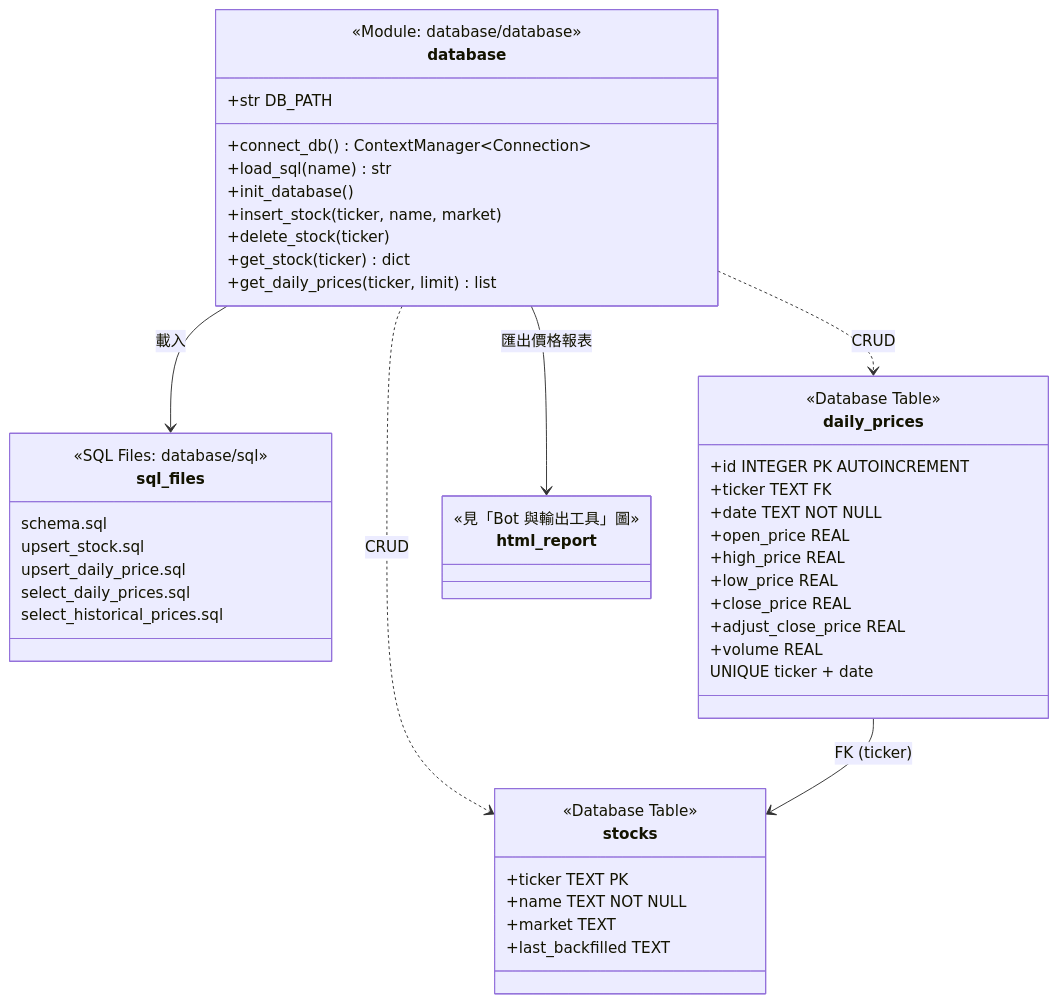
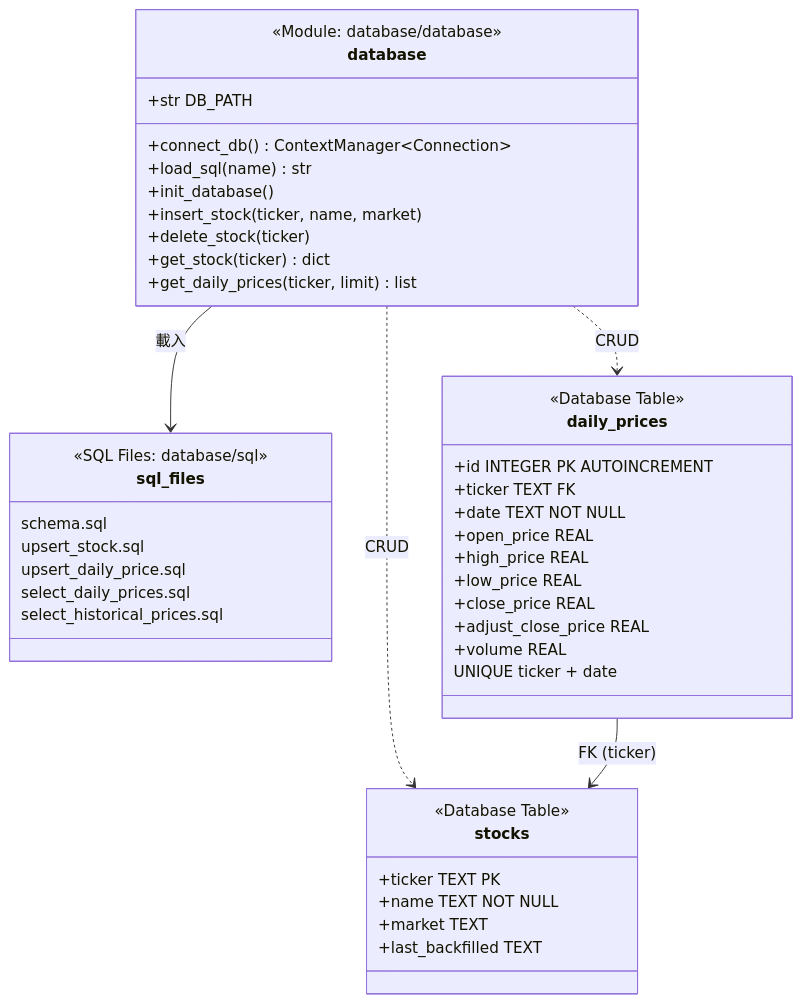
The sixth of 7 diagrams in docs/UML.md (JialaChang/Stock-Bot), drawn with Mermaid before and after one commit. The commit also changed other lines of this file and 46 other files, not shown here.

First line of the commit message:
refactor: share the snapshot flow and move reports out of the engine

````diff
--- a/docs/UML.md
+++ b/docs/UML.md
@@ -422,57 +427,52 @@
 ```mermaid
 classDiagram
     direction TB
 
     class database {
         <<Module: database/database>>
         +str DB_PATH
         +connect_db() ContextManager~Connection~
         +load_sql(name) str
         +init_database()
         +insert_stock(ticker, name, market)
         +delete_stock(ticker)
         +get_stock(ticker) dict
         +get_daily_prices(ticker, limit) list
     }
 
     class sql_files {
         <<SQL Files: database/sql>>
         schema.sql
         upsert_stock.sql
         upsert_daily_price.sql
         select_daily_prices.sql
         select_historical_prices.sql
     }
 
     class stocks {
         <<Database Table>>
         +ticker TEXT PK
         +name TEXT NOT NULL
         +market TEXT
         +last_backfilled TEXT
     }
 
     class daily_prices {
         <<Database Table>>
         +id INTEGER PK AUTOINCREMENT
         +ticker TEXT FK
         +date TEXT NOT NULL
         +open_price REAL
         +high_price REAL
         +low_price REAL
         +close_price REAL
         +adjust_close_price REAL
         +volume REAL
         UNIQUE ticker + date
     }
 
-    class html_report {
-        <<見「Bot 與輸出工具」圖>>
-    }
-
     database --> sql_files : 載入
-    database --> html_report : 匯出價格報表
     database ..> stocks : CRUD
     database ..> daily_prices : CRUD
     daily_prices --> stocks : FK (ticker)
 ```
````
